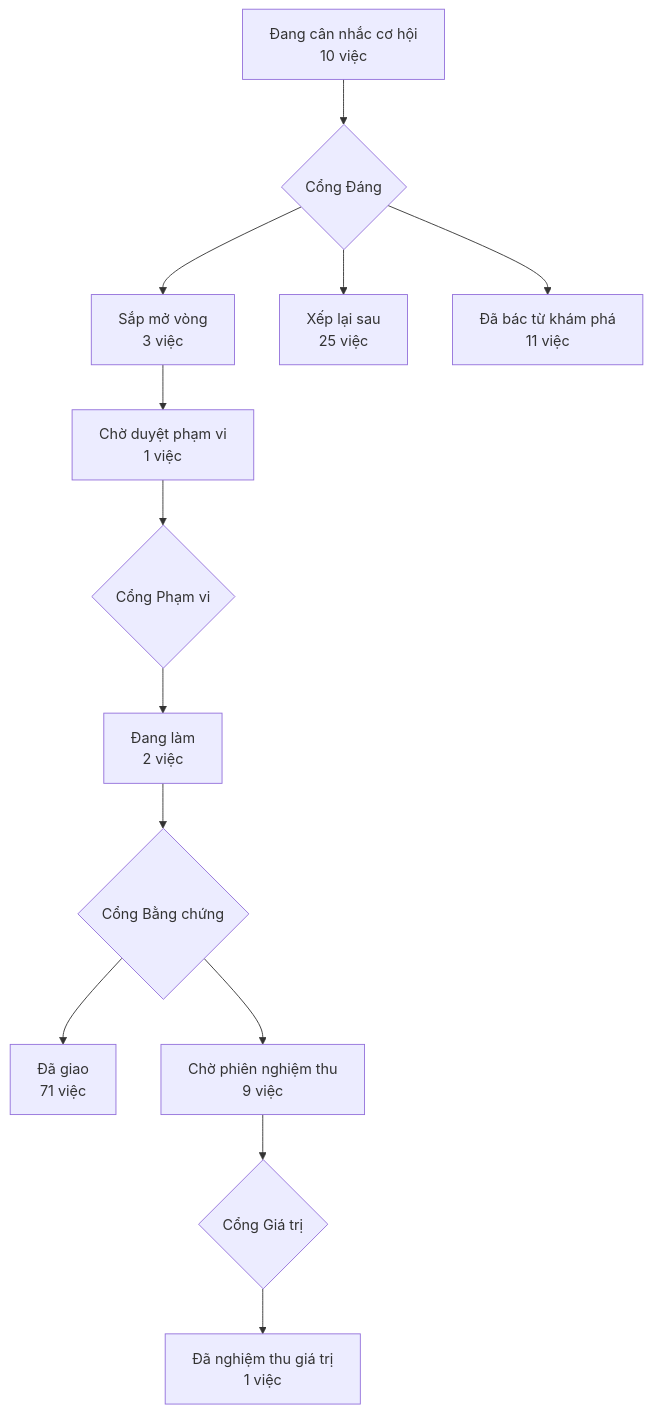
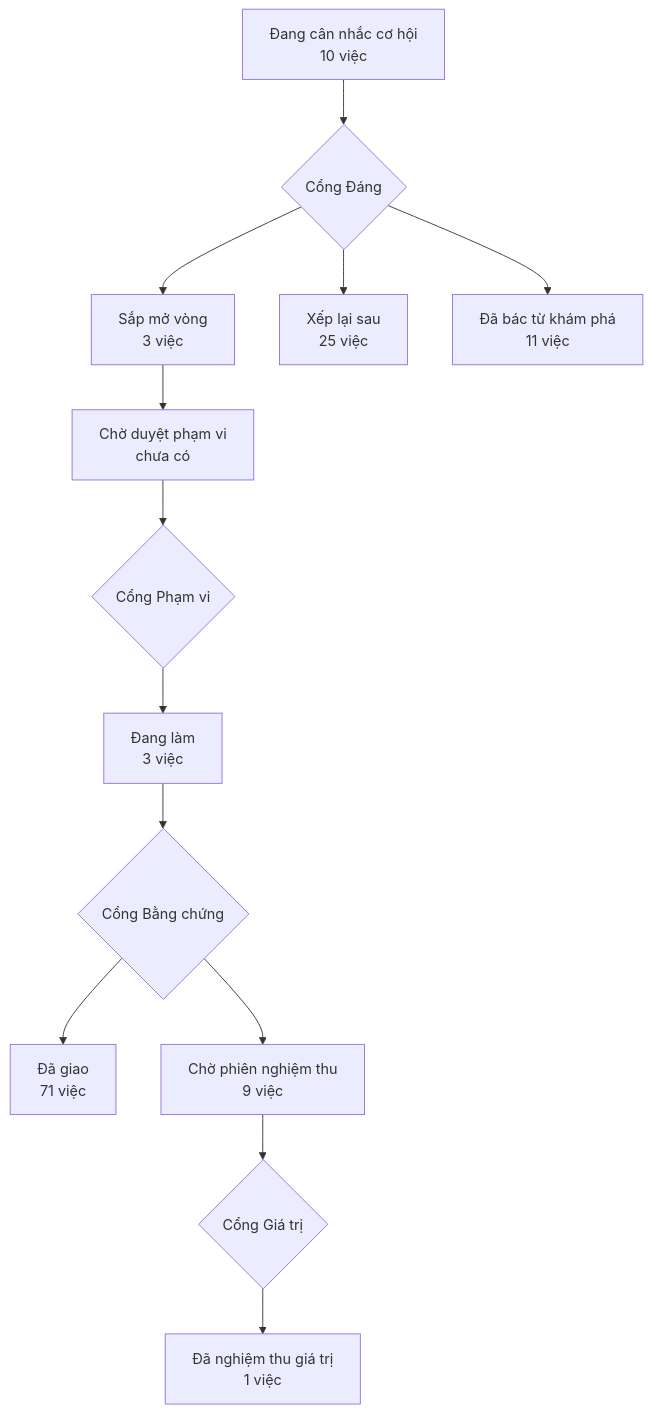
One commit to phanlemanh/acceptance-gate-kit changed the diagram in PRODUCT-MAP.md. Above: the diagram before and after it, drawn with Mermaid. The commit also changed other lines of this file and 1 other file, not shown here.

Commit message:
chore(release-2-18-1): hồ sơ mốc sang «code xong»

````diff
--- a/PRODUCT-MAP.md
+++ b/PRODUCT-MAP.md
@@ -6,12 +6,12 @@
 ```mermaid
 flowchart TD
   A["Đang cân nhắc cơ hội<br/>10 việc"] --> GD{"Cổng Đáng"}
   GD --> B["Sắp mở vòng<br/>3 việc"]
   GD --> XL["Xếp lại sau<br/>25 việc"]
   GD --> DB["Đã bác từ khám phá<br/>11 việc"]
-  B --> CD["Chờ duyệt phạm vi<br/>1 việc"] --> GP{"Cổng Phạm vi"}
-  GP --> DL["Đang làm<br/>2 việc"] --> GB{"Cổng Bằng chứng"}
+  B --> CD["Chờ duyệt phạm vi<br/>chưa có"] --> GP{"Cổng Phạm vi"}
+  GP --> DL["Đang làm<br/>3 việc"] --> GB{"Cổng Bằng chứng"}
   GB --> DG["Đã giao<br/>71 việc"]
   GB --> CN["Chờ phiên nghiệm thu<br/>9 việc"] --> GG{"Cổng Giá trị"}
   GG --> NT["Đã nghiệm thu giá trị<br/>1 việc"]
 ```
````
